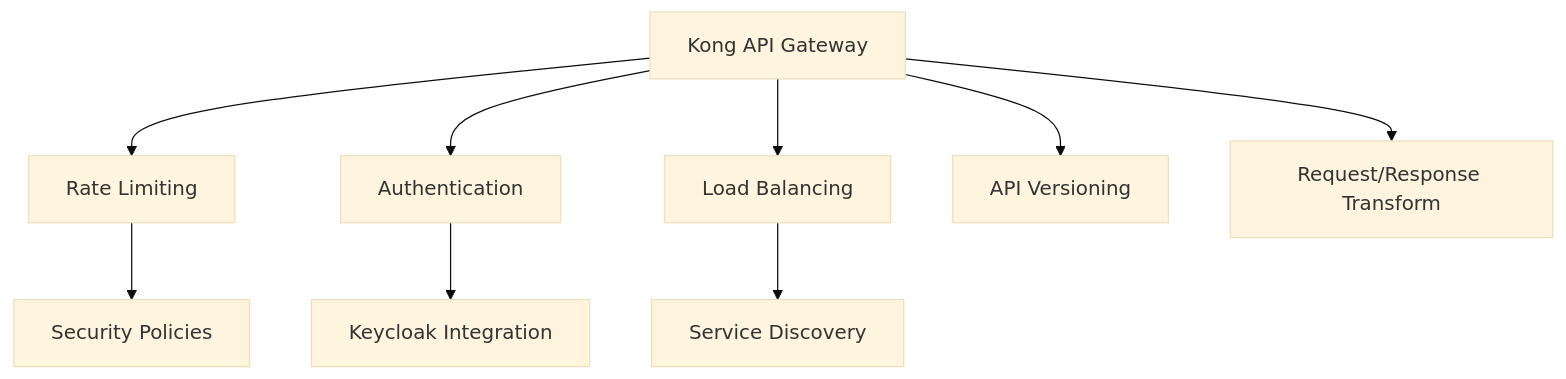
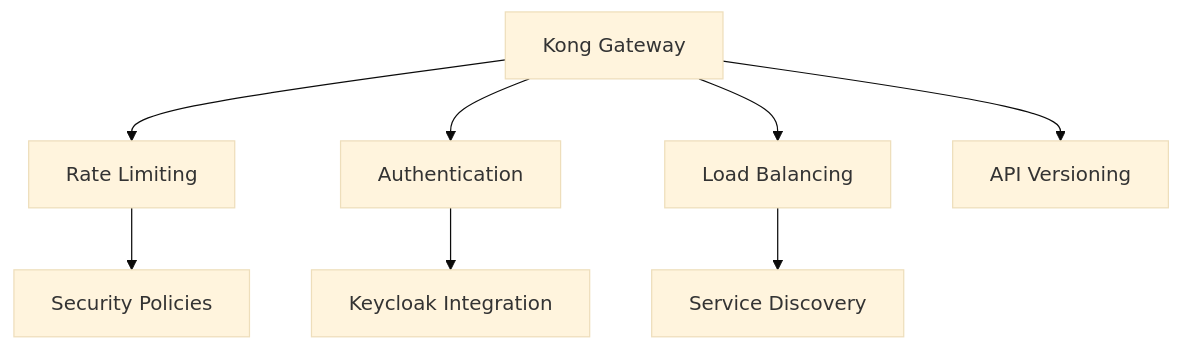
The second of 11 diagrams in layers.md (jihadajUAEU/bluemeshv2), drawn with Mermaid (base theme) before and after one commit. The commit also changed other lines of this file and 2 other files, not shown here.

````diff
--- a/layers.md
+++ b/layers.md
@@ -37,11 +39,10 @@
 ```mermaid
 graph TD
-    A[Kong API Gateway] --> B[Rate Limiting]
+    A[Kong Gateway] --> B[Rate Limiting]
     A --> C[Authentication]
     A --> D[Load Balancing]
     A --> E[API Versioning]
-    A --> F[Request/Response Transform]
-    B --> G[Security Policies]
-    C --> H[Keycloak Integration]
-    D --> I[Service Discovery]
+    B --> F[Security Policies]
+    C --> G[Keycloak Integration]
+    D --> H[Service Discovery]
 ```
````
